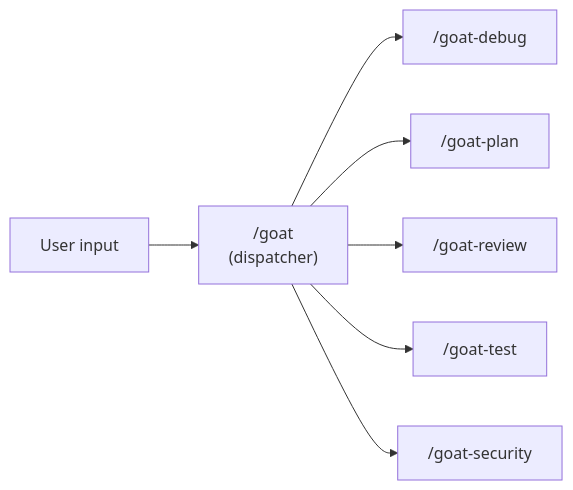
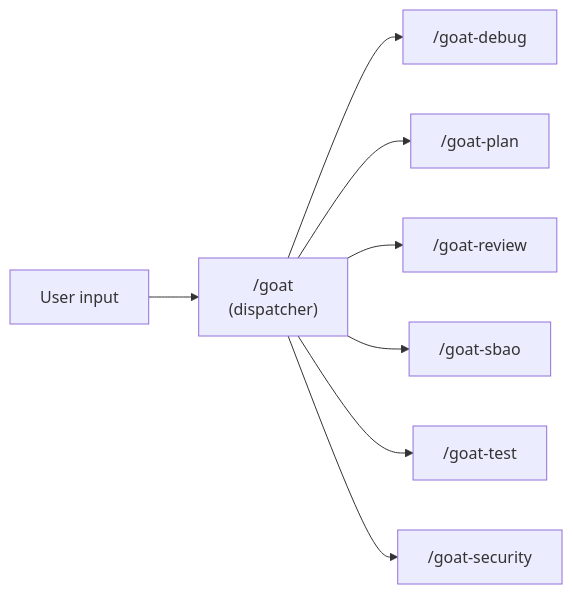
One commit to runchr-org/goat-flow changed the diagram in docs/skills/README.md. Above: the diagram before and after it, drawn with Mermaid. The commit also changed other lines of this file and 53 other files, not shown here.

````diff
--- a/docs/skills/README.md
+++ b/docs/skills/README.md
@@ -9,9 +9,10 @@
 ```mermaid
 flowchart LR
     User["User input"] --> Dispatcher["/goat\n(dispatcher)"]
     Dispatcher --> Debug["/goat-debug"]
     Dispatcher --> Plan["/goat-plan"]
     Dispatcher --> Review["/goat-review"]
+    Dispatcher --> SBAO["/goat-sbao"]
     Dispatcher --> Test["/goat-test"]
     Dispatcher --> Security["/goat-security"]
 ```
````
